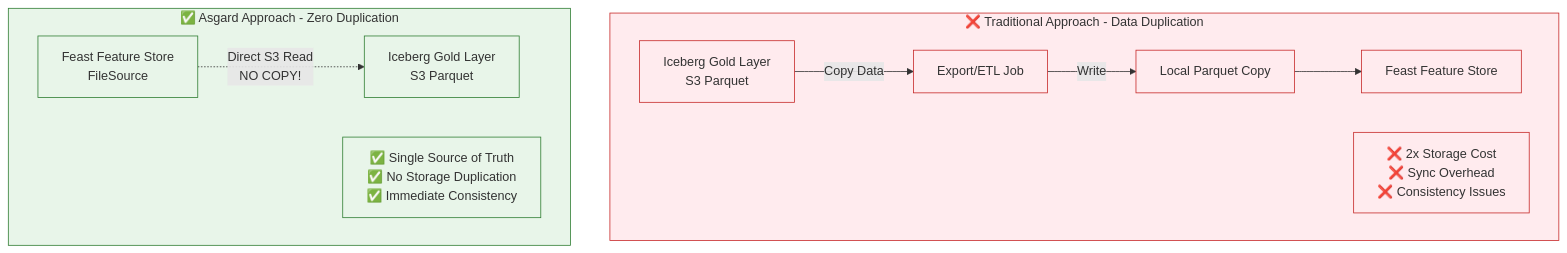
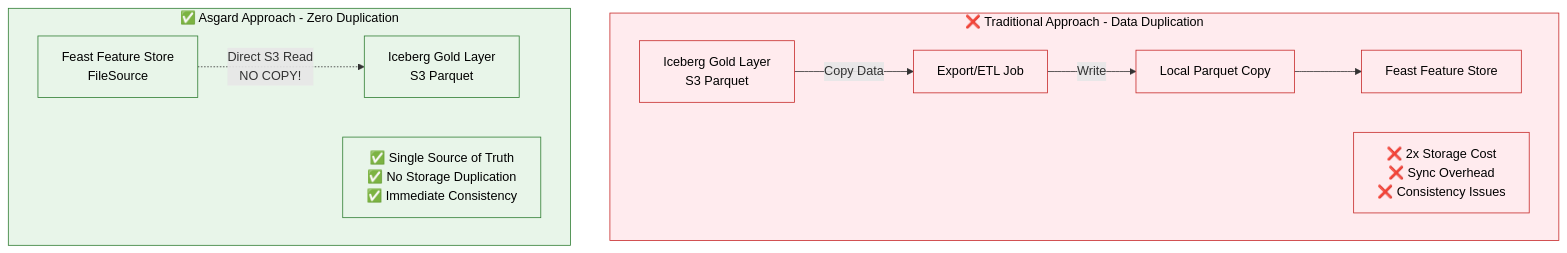
Before and after one commit to snowcell-cloud/asgard: diagram 11 of 19 in docs/COMPLETE_ARCHITECTURE.md, drawn with Mermaid. The commit also changed other lines of this file, not shown here.

Commit message:
fix: Update mermaid class definitions for consistent color styling in COMPLETE_ARCHITECTURE.md

````diff
--- a/docs/COMPLETE_ARCHITECTURE.md
+++ b/docs/COMPLETE_ARCHITECTURE.md
@@ -869,30 +869,30 @@
 ```mermaid
 flowchart TB
     subgraph Traditional["❌ Traditional Approach - Data Duplication"]
         I1[Iceberg Gold Layer\nS3 Parquet]
         E1[Export/ETL Job]
         L1[Local Parquet Copy]
         F1[Feast Feature Store]
 
         I1 -->|Copy Data| E1
         E1 -->|Write| L1
         L1 --> F1
 
         Problem1[❌ 2x Storage Cost\n❌ Sync Overhead\n❌ Consistency Issues]
     end
 
     subgraph Asgard["✅ Asgard Approach - Zero Duplication"]
         I2[Iceberg Gold Layer\nS3 Parquet]
         F2[Feast Feature Store\nFileSource]
 
         F2 -.Direct S3 Read\nNO COPY!.-> I2
 
         Benefits2[✅ Single Source of Truth\n✅ No Storage Duplication\n✅ Immediate Consistency]
     end
 
-    classDef problemStyle fill:#ffebee,stroke:#c62828
-    classDef goodStyle fill:#e8f5e9,stroke:#2e7d32
+    classDef problemStyle fill:#ffebee,stroke:#c62828,color:#000
+    classDef goodStyle fill:#e8f5e9,stroke:#2e7d32,color:#000
 
     class Traditional,I1,E1,L1,F1,Problem1 problemStyle
     class Asgard,I2,F2,Benefits2 goodStyle
 ```
````
